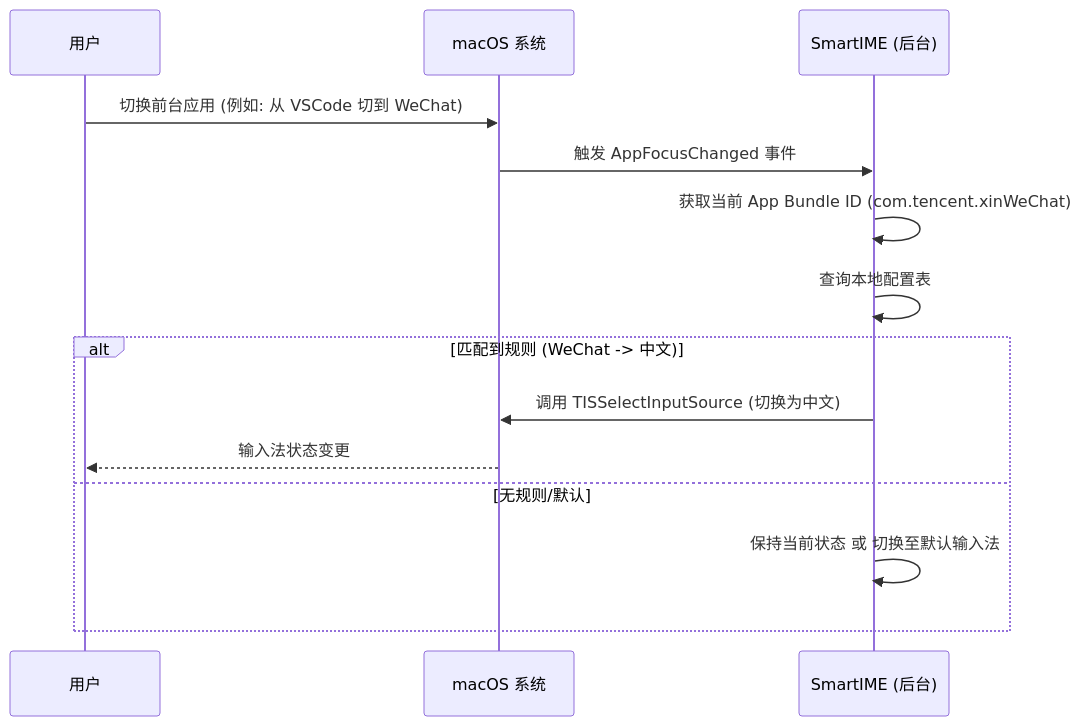
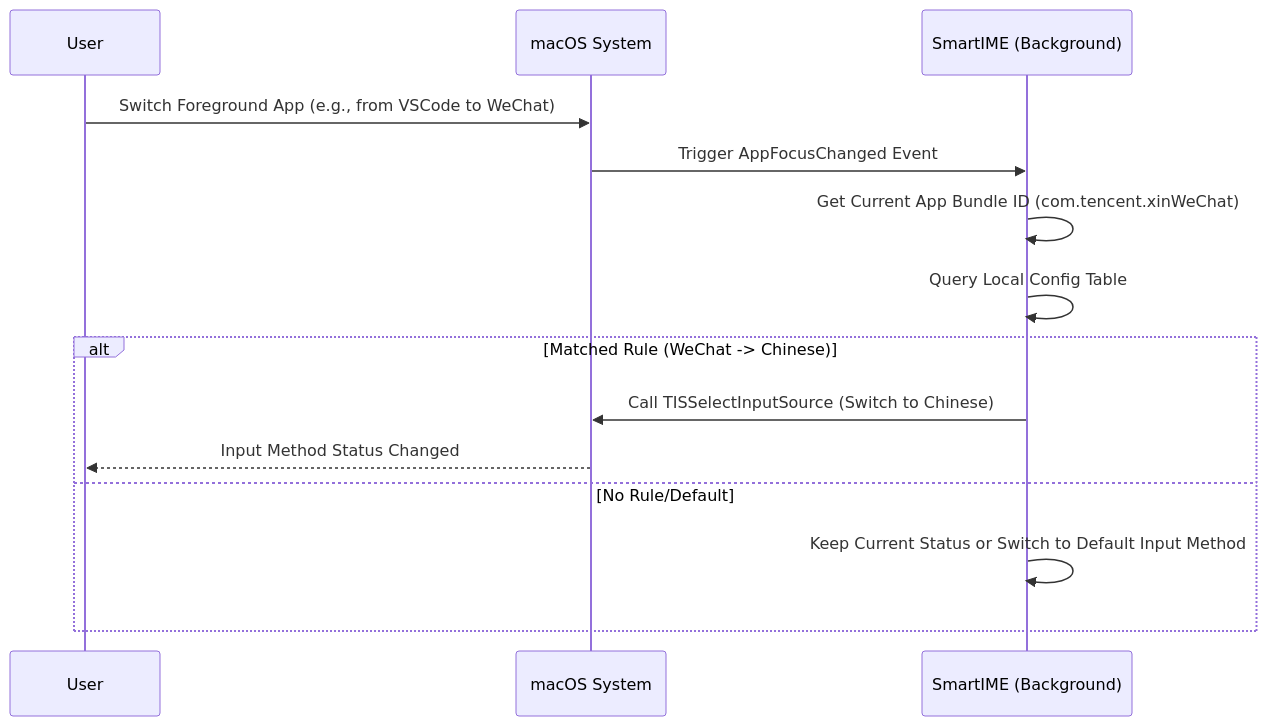
The second of 2 diagrams in REQUIREMENTS.md (SummerLiu95/SmartIME), drawn with Mermaid before and after one commit. The commit also changed other lines of this file and 4 other files, not shown here.

````diff
--- a/REQUIREMENTS.md
+++ b/REQUIREMENTS.md
@@ -37,17 +37,17 @@
 ```mermaid
 sequenceDiagram
-    participant User as 用户
-    participant OS as macOS 系统
-    participant App as SmartIME (后台)
+    participant User as User
+    participant OS as macOS System
+    participant App as SmartIME (Background)
     
-    User->>OS: 切换前台应用 (例如: 从 VSCode 切到 WeChat)
-    OS->>App: 触发 AppFocusChanged 事件
-    App->>App: 获取当前 App Bundle ID (com.tencent.xinWeChat)
-    App->>App: 查询本地配置表
-    alt 匹配到规则 (WeChat -> 中文)
-        App->>OS: 调用 TISSelectInputSource (切换为中文)
-        OS-->>User: 输入法状态变更
-    else 无规则/默认
-        App->>App: 保持当前状态 或 切换至默认输入法
+    User->>OS: Switch Foreground App (e.g., from VSCode to WeChat)
+    OS->>App: Trigger AppFocusChanged Event
+    App->>App: Get Current App Bundle ID (com.tencent.xinWeChat)
+    App->>App: Query Local Config Table
+    alt Matched Rule (WeChat -> Chinese)
+        App->>OS: Call TISSelectInputSource (Switch to Chinese)
+        OS-->>User: Input Method Status Changed
+    else No Rule/Default
+        App->>App: Keep Current Status or Switch to Default Input Method
     end
 ```
````
